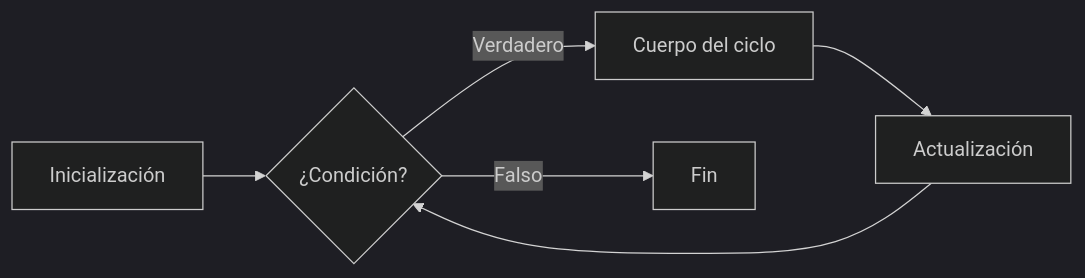
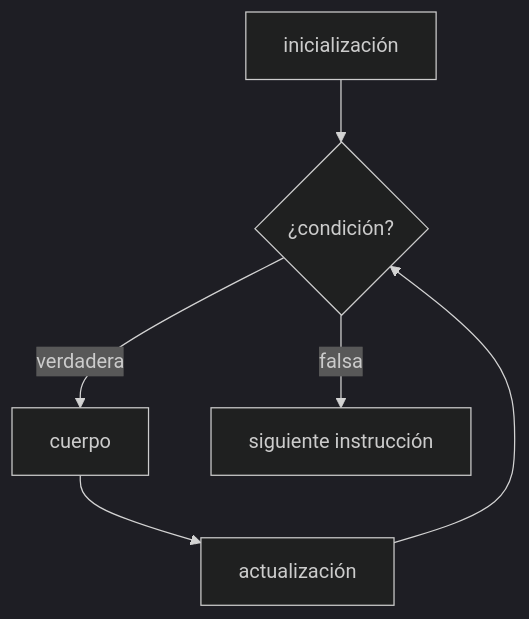
One commit to djaimej/computer-science-template changed the diagram in public/documents/semester-1/3/1344.md. Above: the diagram before and after it, drawn with Mermaid (dark theme). The commit also changed other lines of this file and 5 other files, not shown here.

````diff
--- a/public/documents/semester-1/3/1344.md
+++ b/public/documents/semester-1/3/1344.md
@@ -54,6 +64,8 @@
 ```mermaid
-flowchart LR
-  I["Inicialización"] --> C{"¿Condición?"} -- Verdadero --> CC["Cuerpo del ciclo"]
-  CC --> A["Actualización"] --> C
-  C -- Falso --> F["Fin"]
+flowchart TD
+  I["inicialización"] --> C{"¿condición?"}
+  C -- "verdadera" --> B["cuerpo"]
+  B --> A["actualización"]
+  A --> C
+  C -- "falsa" --> F["siguiente instrucción"]
 ```
````
